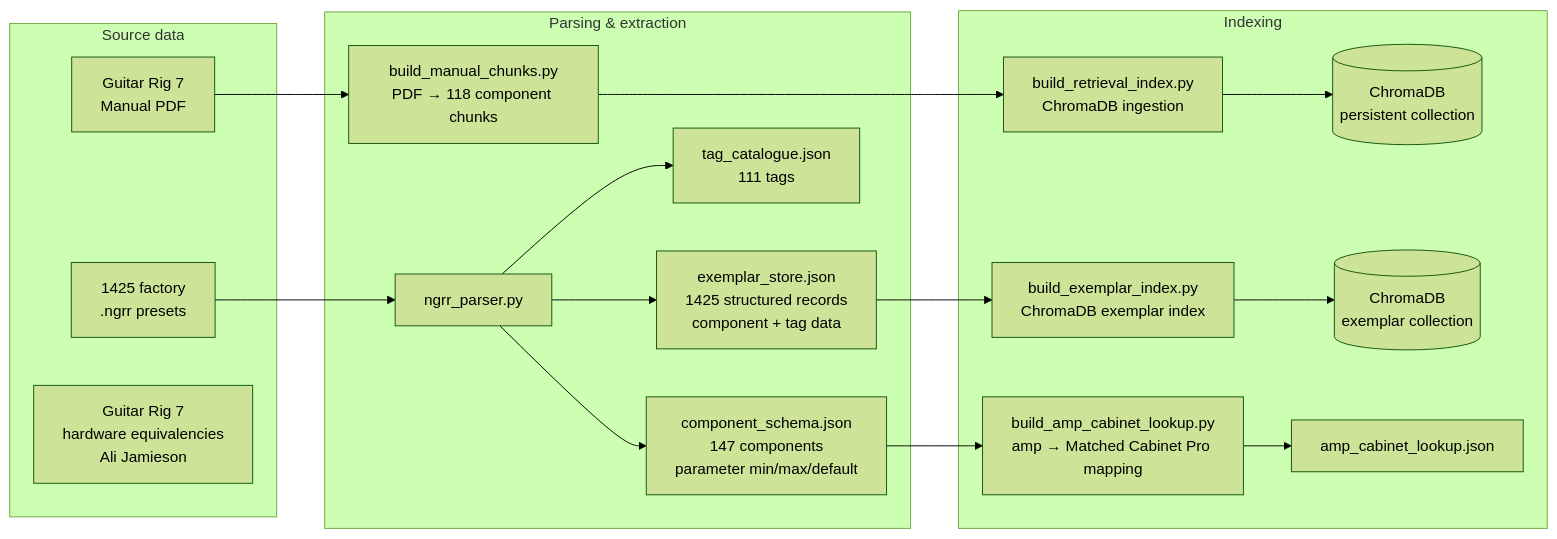
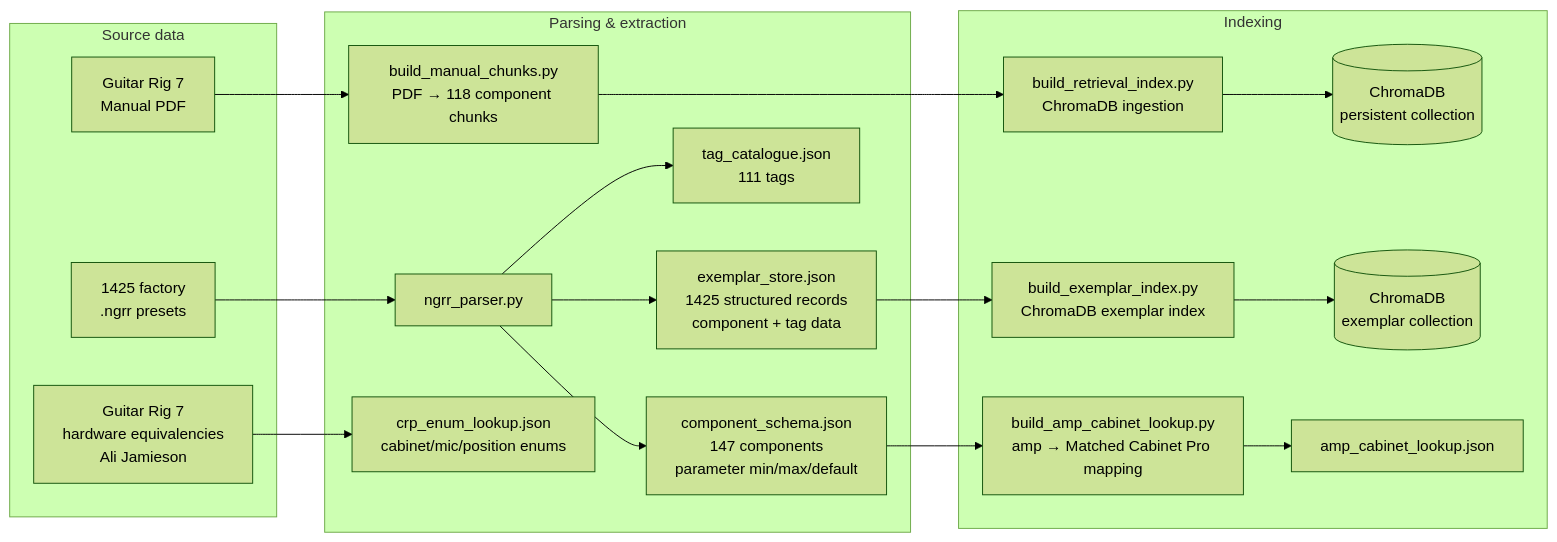
One commit to davesfraser/tone-def changed the second of 2 diagrams in README.md. Above: the diagram before and after it, drawn with Mermaid (forest theme). The commit also changed other lines of this file and 11 other files, not shown here.

````diff
--- a/README.md
+++ b/README.md
@@ -104,25 +104,26 @@
 ```mermaid
 flowchart LR
     subgraph Inputs["Source data"]
         A[1425 factory\n.ngrr presets]
         B[Guitar Rig 7\nManual PDF]
         C[Guitar Rig 7\nhardware equivalencies\nAli Jamieson]
     end
 
     subgraph Parsing["Parsing & extraction"]
         A --> D[ngrr_parser.py]
         D --> E[component_schema.json\n147 components\nparameter min/max/default]
         D --> F[tag_catalogue.json\n111 tags]
         D --> G[exemplar_store.json\n1425 structured records\ncomponent + tag data]
         B --> H[build_manual_chunks.py\nPDF → 118 component chunks]
+        C --> O[crp_enum_lookup.json\ncabinet/mic/position enums]
     end
 
     subgraph Indexing["Indexing"]
         H --> I[build_retrieval_index.py\nChromaDB ingestion]
         I --> J[(ChromaDB\npersistent collection)]
         G --> K[build_exemplar_index.py\nChromaDB exemplar index]
         K --> L[(ChromaDB\nexemplar collection)]
         E --> M[build_amp_cabinet_lookup.py\namp → Matched Cabinet Pro mapping]
         M --> N[amp_cabinet_lookup.json]
     end
 ```
````
